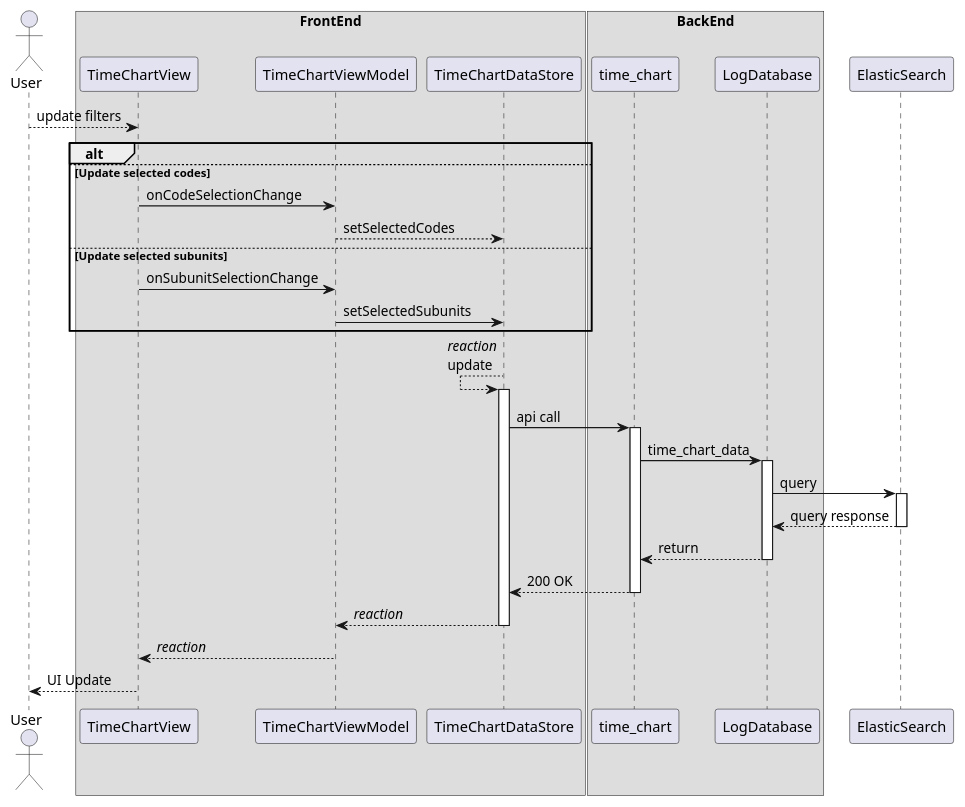
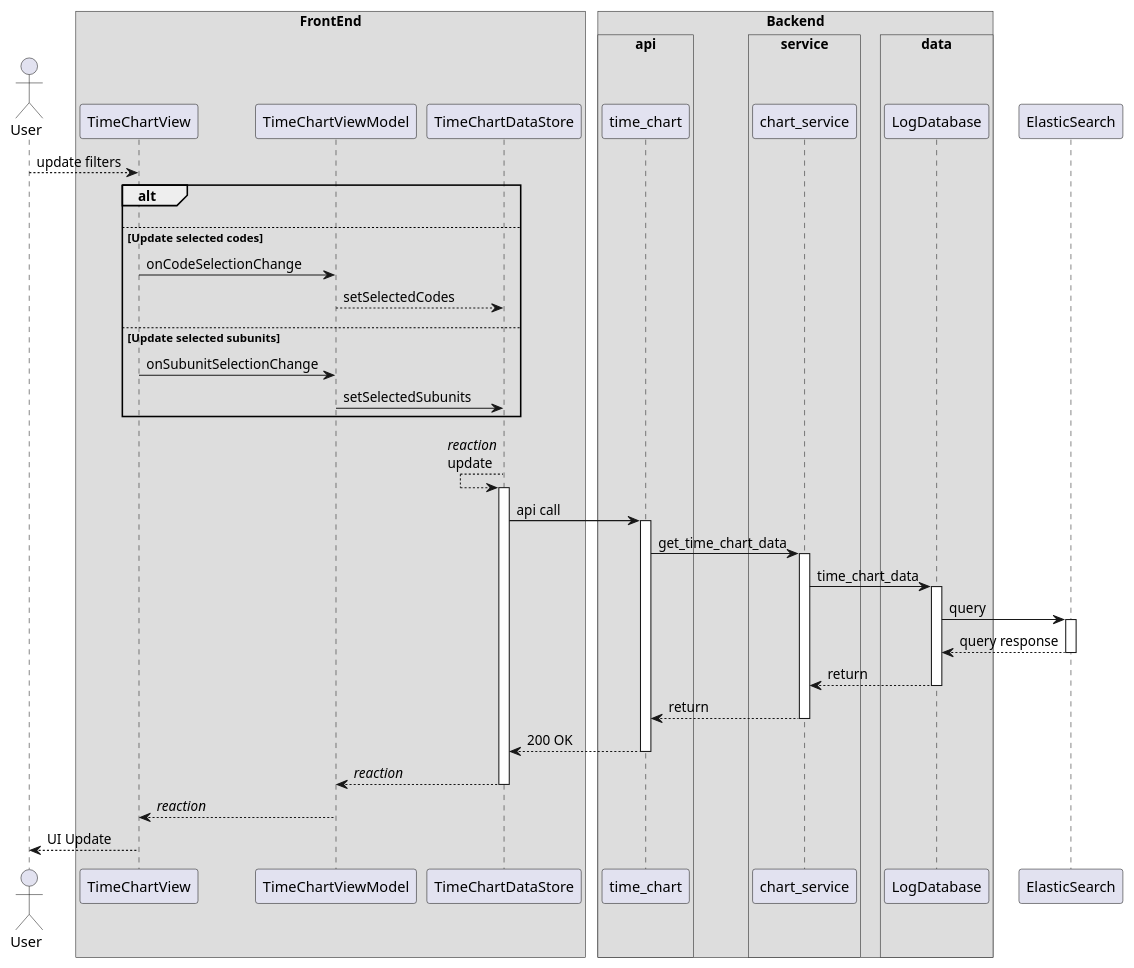
Before and after one commit to sevenelevendevunipd/docs: diagram 13 of 13 in allegato_tecnico.md, drawn with PlantUML. The commit also changed other lines of this file and 1 other file, not shown here.

Commit message:
Aggiornamento Allegato Tecnico per nuovo backend (#48)

````diff
--- a/allegato_tecnico.md
+++ b/allegato_tecnico.md
@@ -960,47 +1053,60 @@
 ```{ .plantuml caption="Diagramma S6"}
 @startuml
+!pragma teoz true
 actor User
 box "FrontEnd"
 participant TimeChartView
 participant TimeChartViewModel
 participant TimeChartDataStore
 end box
-box "BackEnd"
+
+box Backend
+box api
 participant time_chart
+end box
+box service
+participant chart_service
+end box
+box data
 participant LogDatabase
+end box
 end box
 participant ElasticSearch
 
 User --> TimeChartView: update filters
 
 alt
 else Update selected codes
 TimeChartView -> TimeChartViewModel: onCodeSelectionChange
 TimeChartViewModel --> TimeChartDataStore: setSelectedCodes
 else Update selected subunits
 TimeChartView -> TimeChartViewModel: onSubunitSelectionChange
 TimeChartViewModel -> TimeChartDataStore: setSelectedSubunits
 end
 
 TimeChartDataStore <-- TimeChartDataStore: //reaction//\nupdate
 activate TimeChartDataStore
 TimeChartDataStore -> time_chart: api call
 activate time_chart
-time_chart -> LogDatabase: time_chart_data
+time_chart -> chart_service: get_time_chart_data
+activate chart_service
+chart_service -> LogDatabase: time_chart_data
 activate LogDatabase
 LogDatabase -> ElasticSearch: query
 activate ElasticSearch
 LogDatabase <-- ElasticSearch: query response
 deactivate ElasticSearch
-time_chart <-- LogDatabase: return
+chart_service <-- LogDatabase: return
 deactivate LogDatabase
+time_chart <-- chart_service: return
+deactivate chart_service
 TimeChartDataStore <-- time_chart: 200 OK
 deactivate time_chart
 TimeChartViewModel <-- TimeChartDataStore: //reaction//
 deactivate TimeChartDataStore
 TimeChartView <-- TimeChartViewModel: //reaction//
 
 User <-- TimeChartView: UI Update
 
 @enduml
 ```
````
